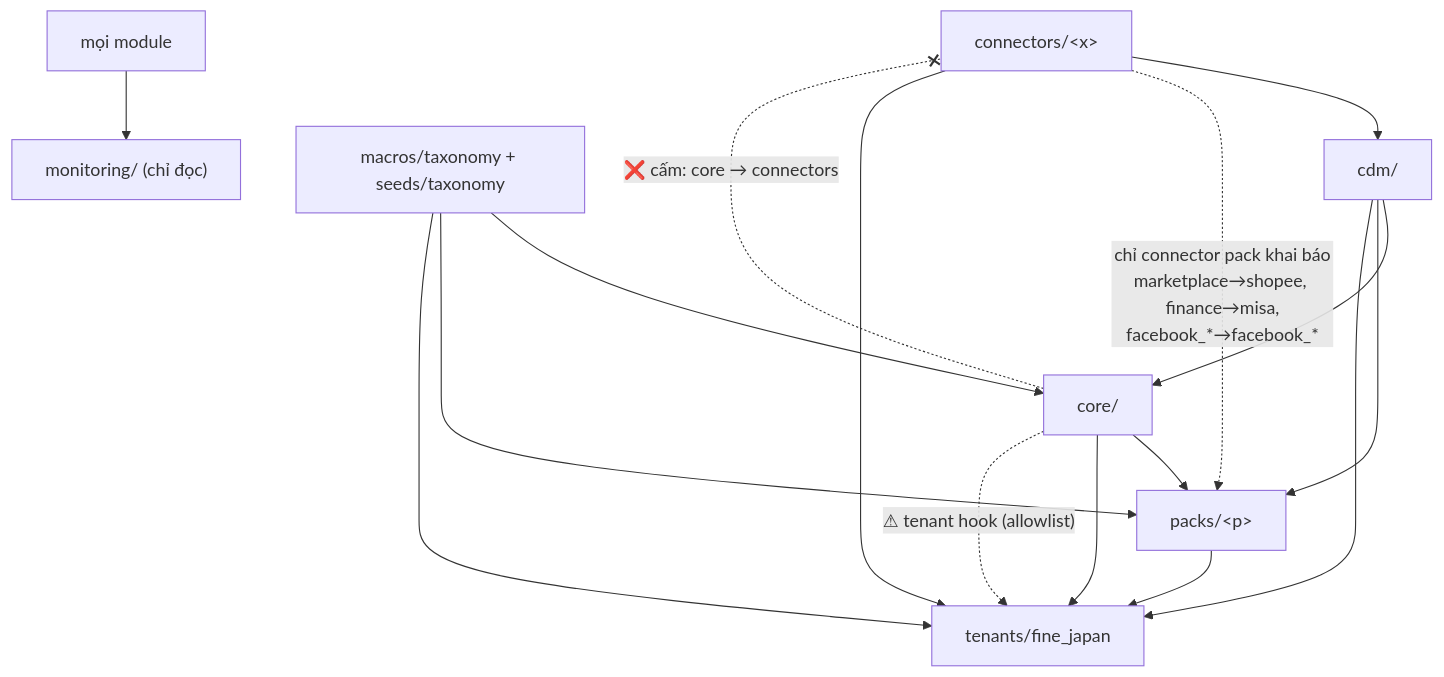
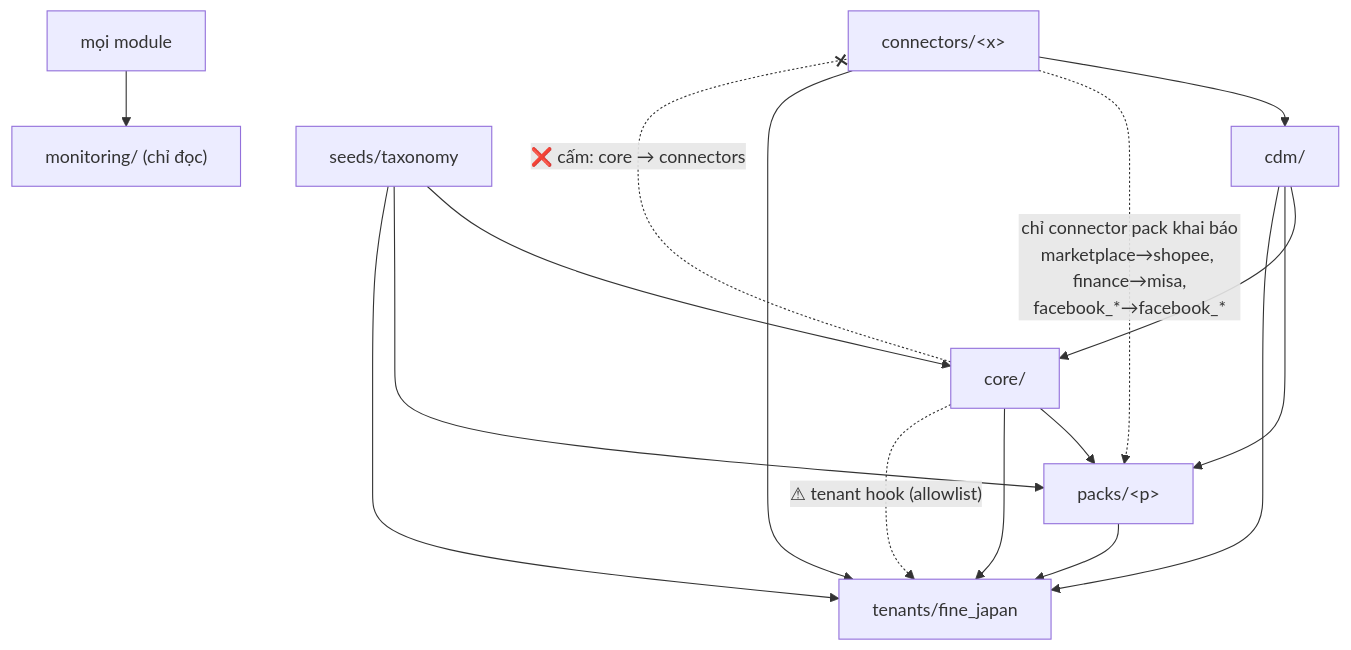
One commit to vantt/data-integration changed the third of 13 diagrams in docs/architecture/modules.md. Above: the diagram before and after it, drawn with Mermaid. The commit also changed other lines of this file and 43 other files, not shown here.

First line of the commit message:
refactor(taxonomy): inventory classification rules and gather their seeds

````diff
--- a/docs/architecture/modules.md
+++ b/docs/architecture/modules.md
@@ -190,14 +191,14 @@
 ```mermaid
 flowchart TB
     CONN["connectors/&lt;x&gt;"] --> CDM["cdm/"]
     CDM --> CORE["core/"]
     CORE --> PACK["packs/&lt;p&gt;"]
     CDM --> PACK
     CONN -. "chỉ connector pack khai báo<br/>marketplace→shopee, finance→misa,<br/>facebook_*→facebook_*" .-> PACK
     CDM & CORE & PACK & CONN --> TEN["tenants/fine_japan"]
-    TAX["macros/taxonomy + seeds/taxonomy"] --> CORE & PACK & TEN
+    TAX["seeds/taxonomy"] --> CORE & PACK & TEN
     ALL["mọi module"] --> MON["monitoring/ (chỉ đọc)"]
 
     CORE -. "❌ cấm: core → connectors" .-x CONN
     CORE -. "⚠ tenant hook (allowlist)" .-> TEN
 ```
````
